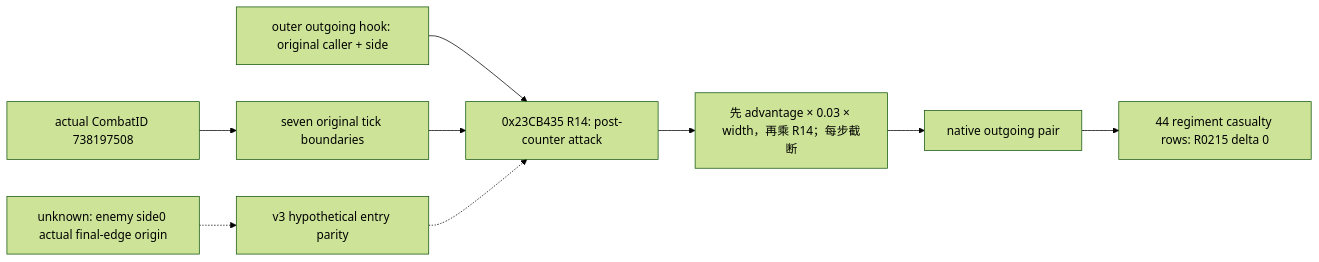
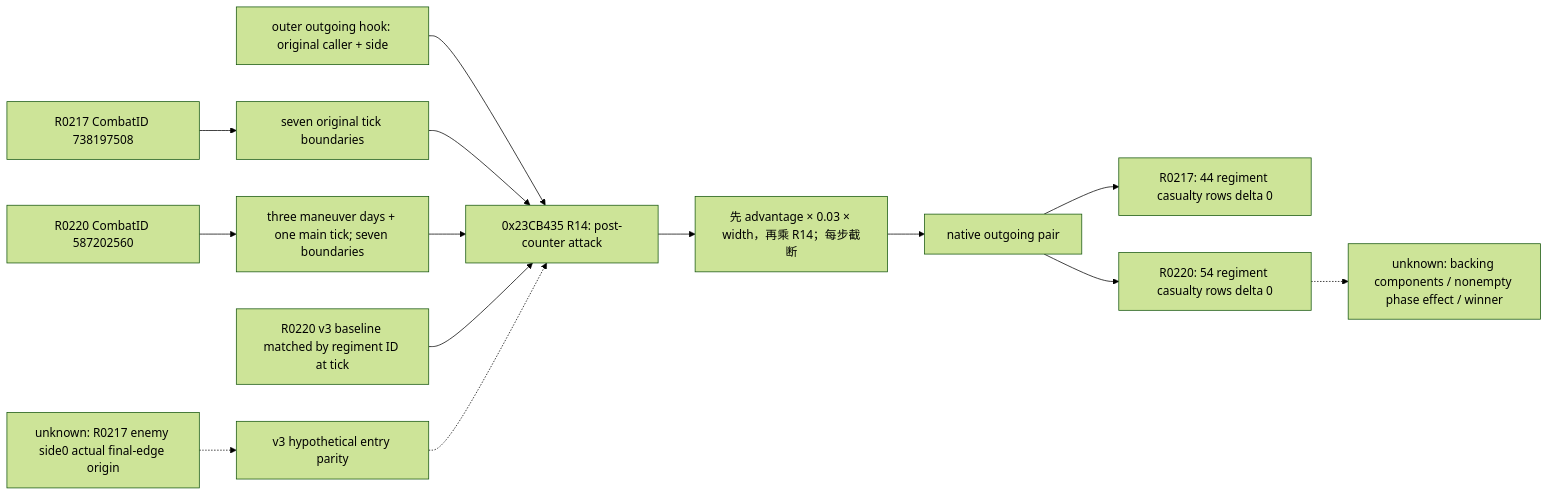
The fourth of 9 diagrams in docs/ck3-native-ai/battle-simulation.md (XenoAmess/ck3_eternal_recurrence), drawn with Mermaid (forest theme) before and after one commit. The commit also changed other lines of this file, not shown here.

Commit message:
COMBAT-R0157-R0220-TRACE-B0: document original main tick parity

````diff
--- a/docs/ck3-native-ai/battle-simulation.md
+++ b/docs/ck3-native-ai/battle-simulation.md
@@ -362,11 +393,16 @@
 ```mermaid
 flowchart LR
-  E["actual CombatID 738197508"] --> T["seven original tick boundaries"]
+  E["R0217 CombatID 738197508"] --> T["seven original tick boundaries"]
+  E2["R0220 CombatID 587202560"] --> T2["three maneuver days + one main tick; seven boundaries"]
   H["outer outgoing hook: original caller + side"] --> R
   T --> R["0x23CB435 R14: post-counter attack"]
+  T2 --> R
+  V2["R0220 v3 baseline matched by regiment ID at tick"] --> R
   R --> S["先 advantage × 0.03 × width，再乘 R14；每步截断"]
   S --> O["native outgoing pair"]
-  O --> C["44 regiment casualty rows: R0215 delta 0"]
-  U["unknown: enemy side0 actual final-edge origin"] -.-> V["v3 hypothetical entry parity"]
+  O --> C["R0217: 44 regiment casualty rows delta 0"]
+  O --> C2["R0220: 54 regiment casualty rows delta 0"]
+  U["unknown: R0217 enemy side0 actual final-edge origin"] -.-> V["v3 hypothetical entry parity"]
   V -.-> R
+  C2 -.-> W["unknown: backing components / nonempty phase effect / winner"]
 ```
````
